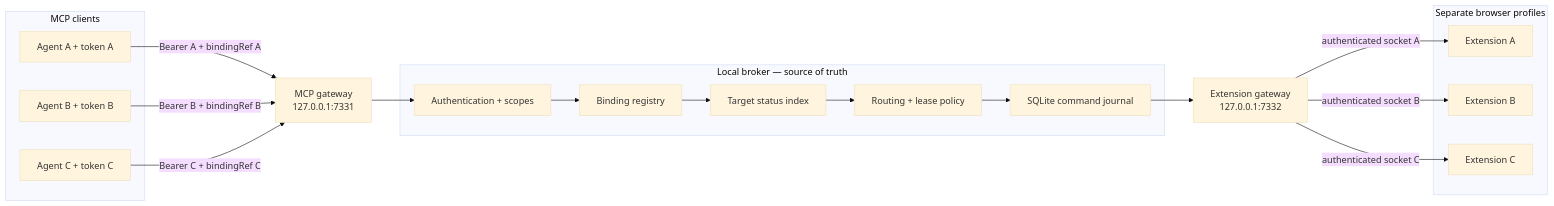
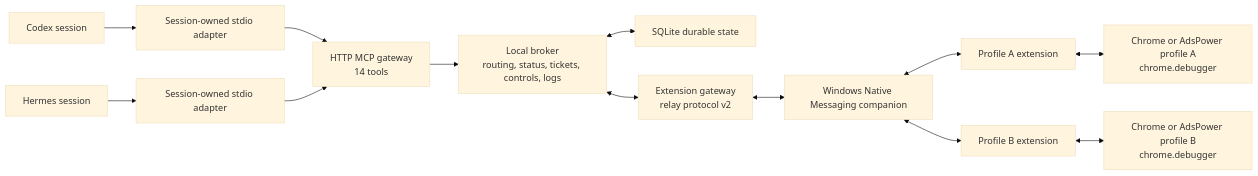
Before and after one commit to ohmyskyhigh/octopus-browser-relay: the diagram in README.md, drawn with Mermaid (base theme). The commit also changed other lines of this file and 166 other files, not shown here.

Commit message:
feat: implement extension-backed multi-profile relay v0.3

````diff
--- a/README.md
+++ b/README.md
@@ -27,34 +25,15 @@
 ```mermaid
 flowchart LR
-  subgraph Clients["MCP clients"]
-    A["Agent A + token A"]
-    B["Agent B + token B"]
-    C["Agent C + token C"]
-  end
-
-  MCP["MCP gateway<br/>127.0.0.1:7331"]
-
-  subgraph Broker["Local broker — source of truth"]
-    Auth["Authentication + scopes"]
-    Bind["Binding registry"]
-    State["Target status index"]
-    Policy["Routing + lease policy"]
-    Journal["SQLite command journal"]
-  end
-
-  WS["Extension gateway<br/>127.0.0.1:7332"]
-
-  subgraph Profiles["Separate browser profiles"]
-    EA["Extension A"]
-    EB["Extension B"]
-    EC["Extension C"]
-  end
-
-  A -->|"Bearer A + bindingRef A"| MCP
-  B -->|"Bearer B + bindingRef B"| MCP
-  C -->|"Bearer C + bindingRef C"| MCP
-  MCP --> Auth --> Bind --> State --> Policy --> Journal --> WS
-  WS -->|"authenticated socket A"| EA
-  WS -->|"authenticated socket B"| EB
-  WS -->|"authenticated socket C"| EC
+  C["Codex session"] --> A1["Session-owned stdio adapter"]
+  H["Hermes session"] --> A2["Session-owned stdio adapter"]
+  A1 --> M["HTTP MCP gateway\n14 tools"]
+  A2 --> M
+  M --> B["Local broker\nrouting, status, tickets, controls, logs"]
+  B <--> D["SQLite durable state"]
+  B <--> G["Extension gateway\nrelay protocol v2"]
+  G <--> N["Windows Native Messaging companion"]
+  N <--> E1["Profile A extension"]
+  N <--> E2["Profile B extension"]
+  E1 <--> P1["Chrome or AdsPower profile A\nchrome.debugger"]
+  E2 <--> P2["Chrome or AdsPower profile B\nchrome.debugger"]
 ```
````
